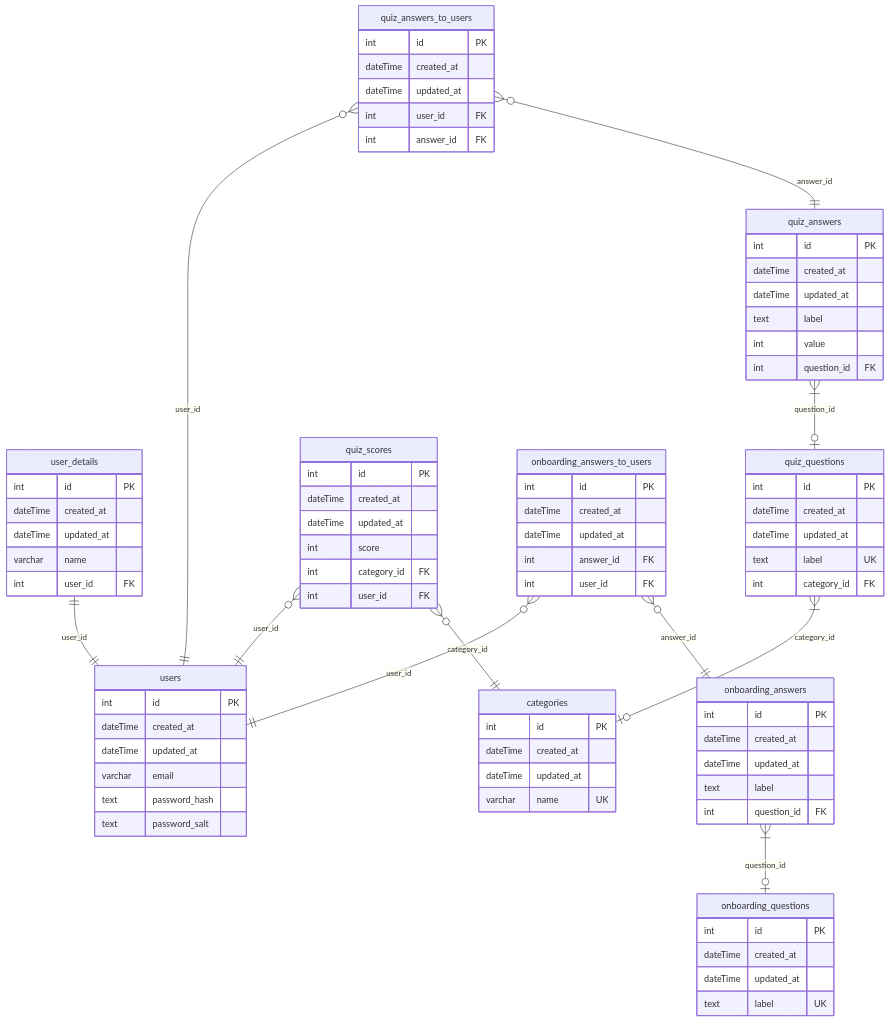
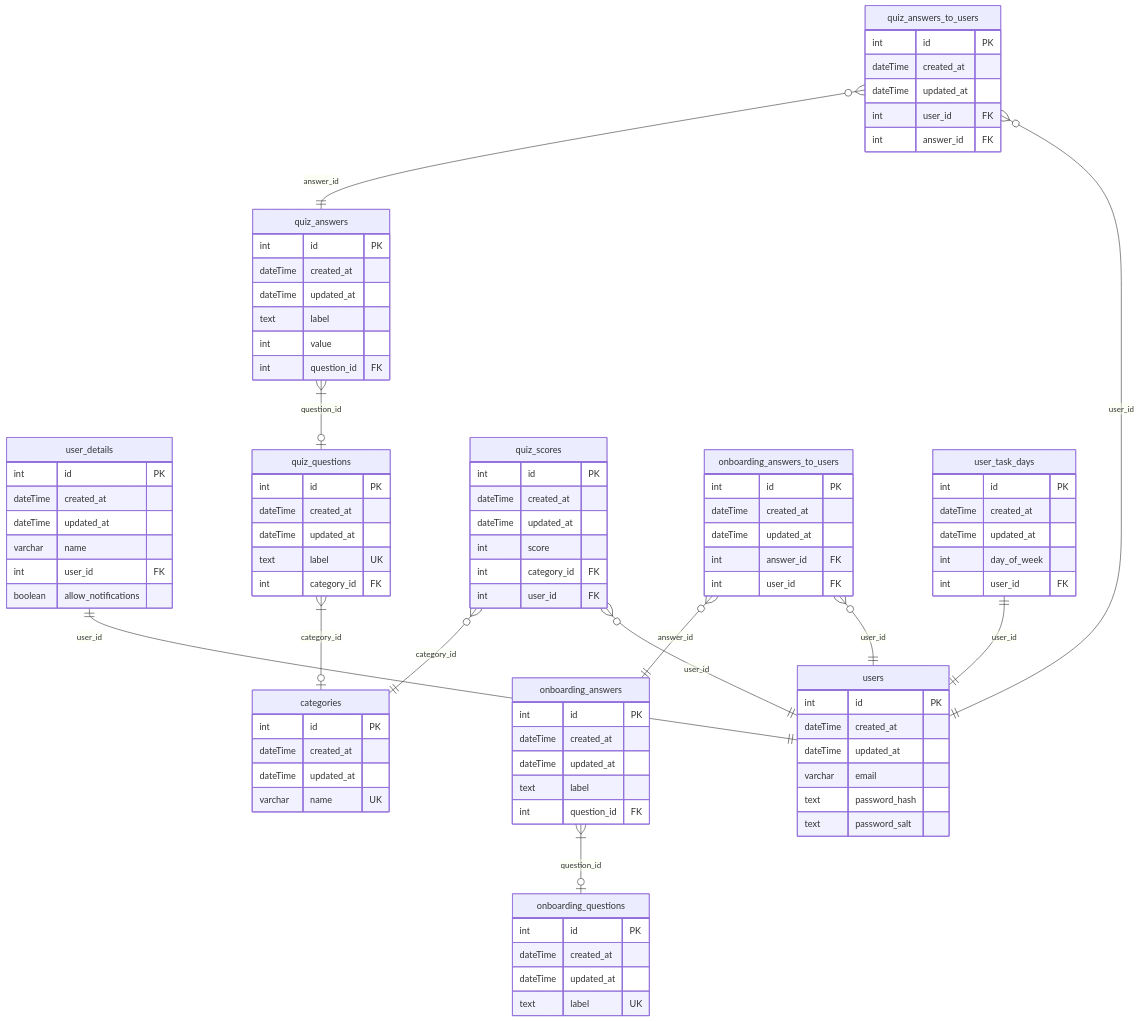
The diagram in readme.md (BinaryStudioAcademy/bsa-2024-bebalance), drawn with Mermaid before and after one commit.

Commit message:
feat(backend): add user_task_days table to ReadMe DB schema bb-243

````diff
--- a/readme.md
+++ b/readme.md
@@ -41,6 +41,7 @@
         dateTime updated_at
         varchar name
         int user_id FK
+        boolean allow_notifications
     }
 
     categories {
@@ -115,4 +116,13 @@
         int answer_id FK
         int user_id FK
     }
+
+    user_task_days ||--|| users : user_id
+    user_task_days {
+        int id PK
+        dateTime created_at
+        dateTime updated_at
+        int day_of_week
+        int user_id FK
+    }
 ```
````
